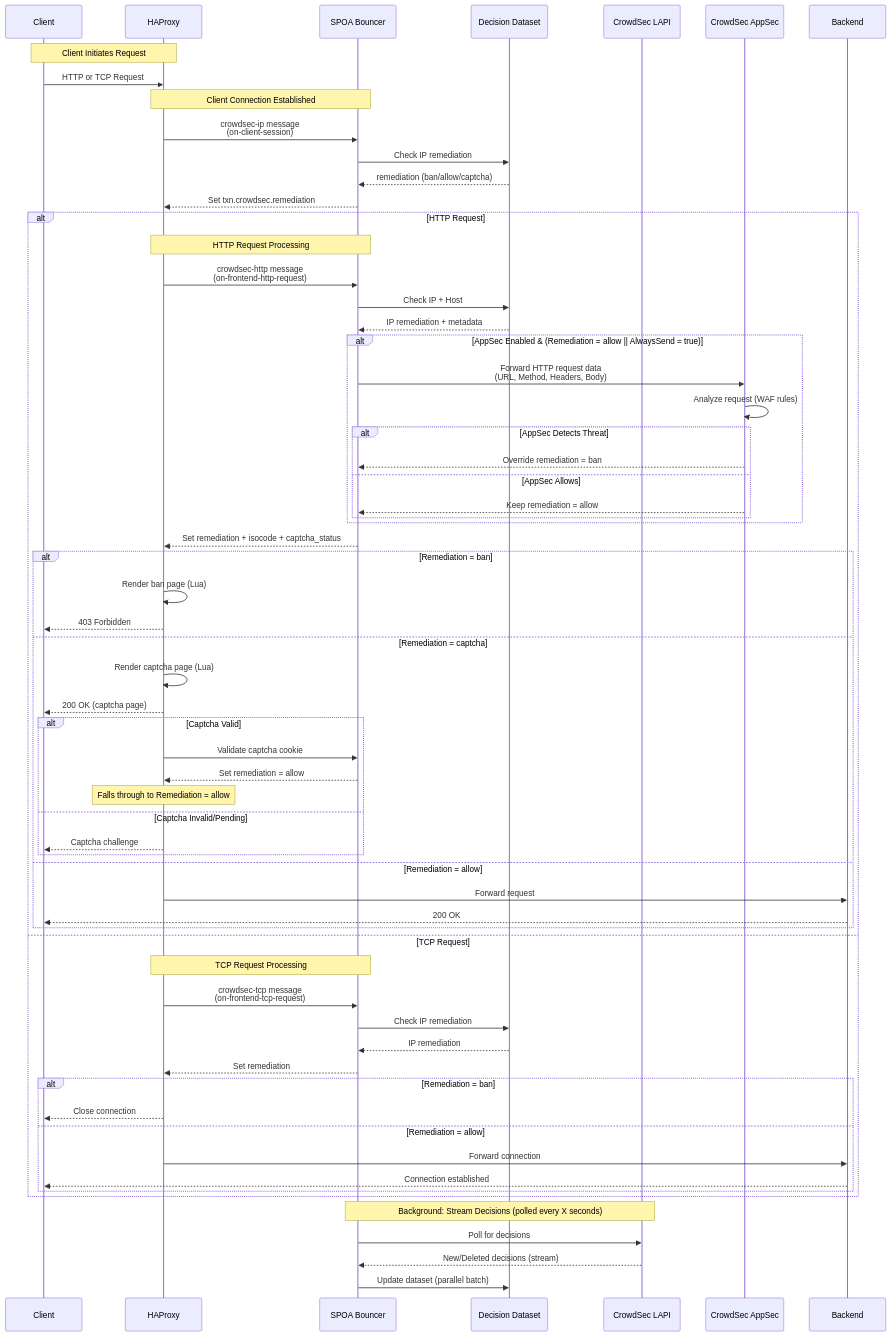
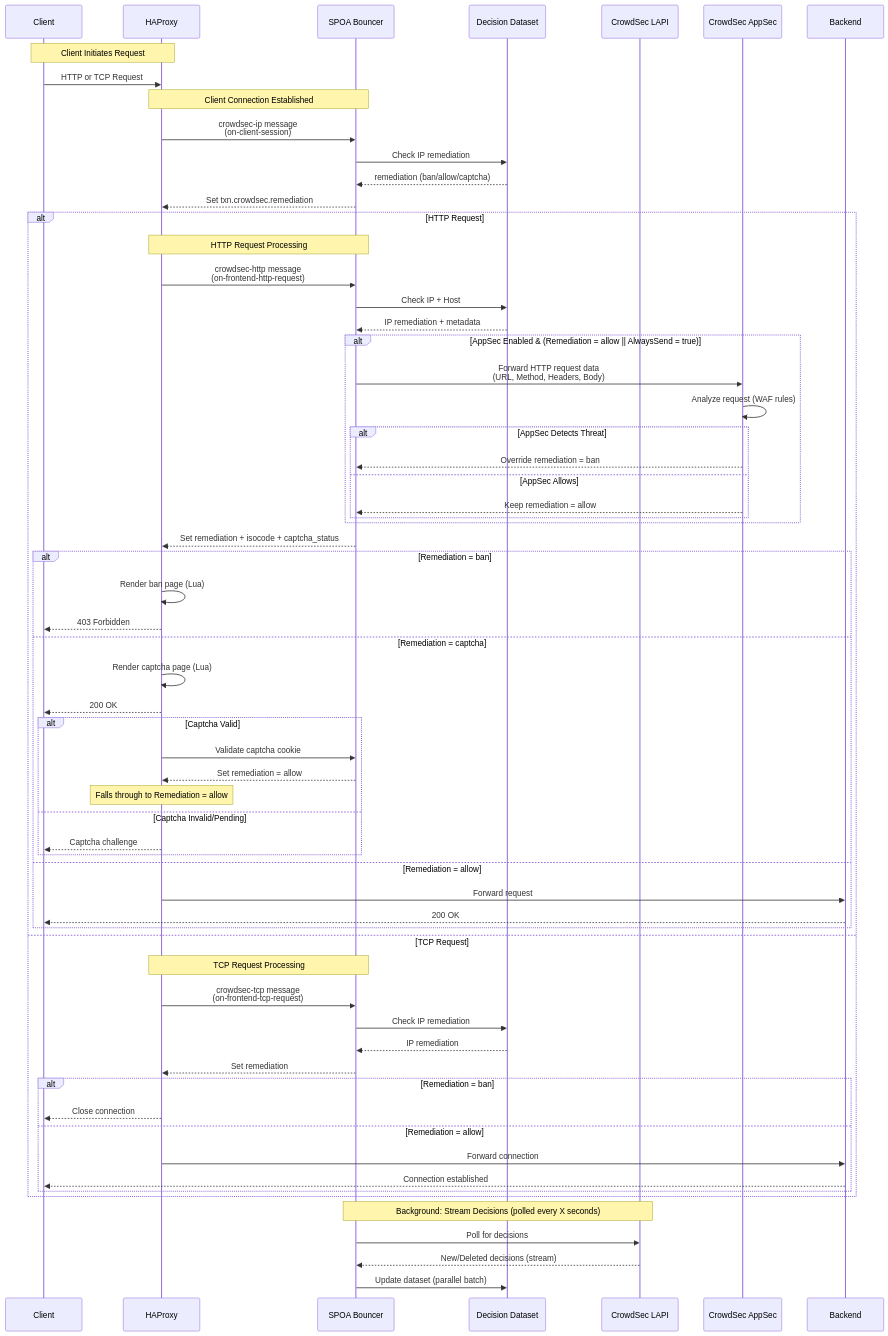
Before and after one commit to crowdsecurity/cs-haproxy-spoa-bouncer: the diagram in README.md, drawn with Mermaid.

Commit message:
docs: simplify captcha page response notation

````diff
--- a/README.md
+++ b/README.md
@@ -22,74 +22,74 @@
 ```mermaid
 sequenceDiagram
     participant Client
     participant HAProxy
     participant SPOA as SPOA Bouncer
     participant Dataset as Decision Dataset
     participant CrowdSec as CrowdSec LAPI
     participant AppSec as CrowdSec AppSec
     participant Backend
 
     Note over Client,HAProxy: Client Initiates Request
     Client->>HAProxy: HTTP or TCP Request
     
     Note over HAProxy,SPOA: Client Connection Established
     HAProxy->>SPOA: crowdsec-ip message<br/>(on-client-session)
     SPOA->>Dataset: Check IP remediation
     Dataset-->>SPOA: remediation (ban/allow/captcha)
     SPOA-->>HAProxy: Set txn.crowdsec.remediation
     
     alt HTTP Request
         Note over HAProxy,SPOA: HTTP Request Processing
         HAProxy->>SPOA: crowdsec-http message<br/>(on-frontend-http-request)
         SPOA->>Dataset: Check IP + Host
         Dataset-->>SPOA: IP remediation + metadata
         
         alt AppSec Enabled & (Remediation = allow || AlwaysSend = true)
             SPOA->>AppSec: Forward HTTP request data<br/>(URL, Method, Headers, Body)
             AppSec->>AppSec: Analyze request (WAF rules)
             alt AppSec Detects Threat
                 AppSec-->>SPOA: Override remediation = ban
             else AppSec Allows
                 AppSec-->>SPOA: Keep remediation = allow
             end
         end
         
         SPOA-->>HAProxy: Set remediation + isocode + captcha_status
         
         alt Remediation = ban
             HAProxy->>HAProxy: Render ban page (Lua)
             HAProxy-->>Client: 403 Forbidden
         else Remediation = captcha
             HAProxy->>HAProxy: Render captcha page (Lua)
-            HAProxy-->>Client: 200 OK (captcha page)
+            HAProxy-->>Client: 200 OK 
             alt Captcha Valid
                 HAProxy->>SPOA: Validate captcha cookie
                 SPOA-->>HAProxy: Set remediation = allow
                 Note over HAProxy: Falls through to Remediation = allow
             else Captcha Invalid/Pending
                 HAProxy-->>Client: Captcha challenge
             end
         else Remediation = allow
             HAProxy->>Backend: Forward request
             Backend-->>Client: 200 OK
         end
     else TCP Request
         Note over HAProxy,SPOA: TCP Request Processing
         HAProxy->>SPOA: crowdsec-tcp message<br/>(on-frontend-tcp-request)
         SPOA->>Dataset: Check IP remediation
         Dataset-->>SPOA: IP remediation
         SPOA-->>HAProxy: Set remediation
         
         alt Remediation = ban
             HAProxy-->>Client: Close connection
         else Remediation = allow
             HAProxy->>Backend: Forward connection
             Backend-->>Client: Connection established
         end
     end
     
     Note over SPOA,CrowdSec: Background: Stream Decisions (polled every X seconds)
     SPOA->>CrowdSec: Poll for decisions
     CrowdSec-->>SPOA: New/Deleted decisions (stream)
     SPOA->>Dataset: Update dataset (parallel batch)
 ```
````
